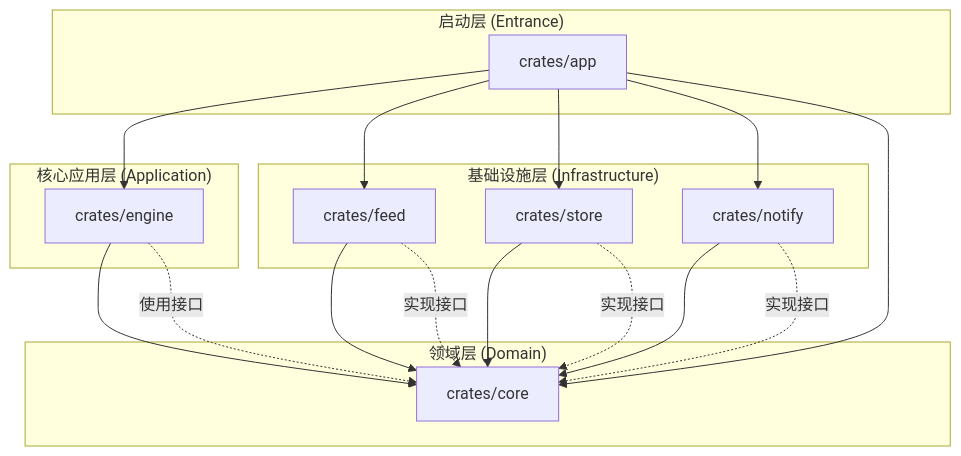
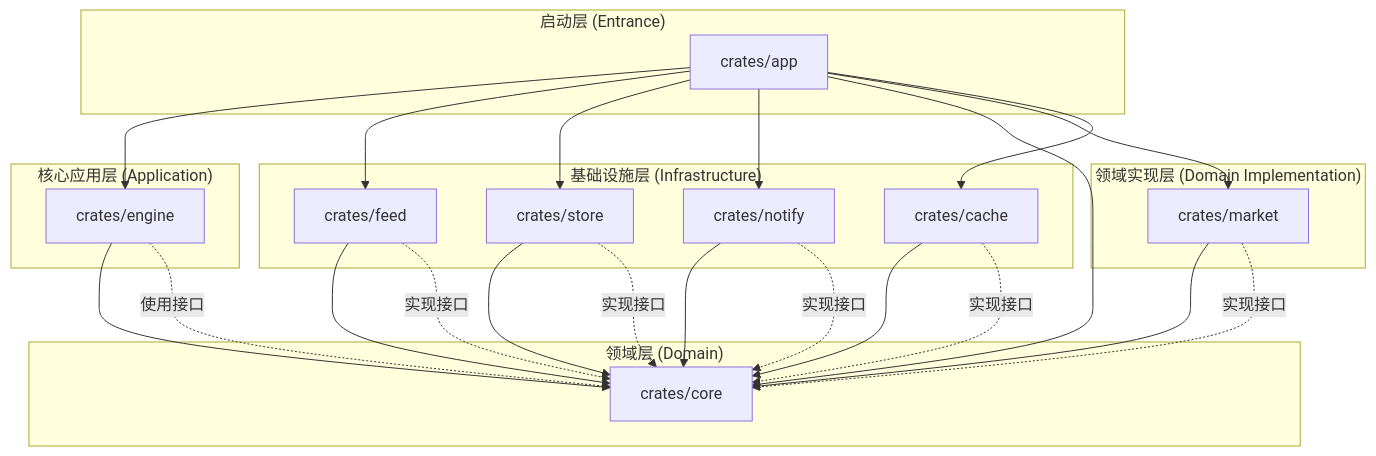
Before and after one commit to moexco/okane: the diagram in docs/architecture.md, drawn with Mermaid. The commit also changed other lines of this file and 9 other files, not shown here.

````diff
--- a/docs/architecture.md
+++ b/docs/architecture.md
@@ -5,38 +5,49 @@
 ```mermaid
 graph TB
     subgraph "启动层 (Entrance)"
         App[crates/app]
     end
 
     subgraph "核心应用层 (Application)"
         Engine[crates/engine]
     end
 
+    subgraph "领域实现层 (Domain Implementation)"
+        MarketImpl[crates/market]
+    end
+
     subgraph "领域层 (Domain)"
         Core[crates/core]
     end
 
     subgraph "基础设施层 (Infrastructure)"
         Feed[crates/feed]
         Store[crates/store]
         Notify[crates/notify]
+        Cache[crates/cache]
     end
 
     %% 依赖关系
     App --> Engine
     App --> Feed
     App --> Store
     App --> Notify
     App --> Core
+    App --> MarketImpl
+    App --> Cache
 
     Engine --> Core
     Feed --> Core
     Store --> Core
     Notify --> Core
+    Cache --> Core
+    MarketImpl --> Core
 
     %% 运行时逻辑流向 (通过 Trait)
     Engine -. 使用接口 .-> Core
+    MarketImpl -. 实现接口 .-> Core
     Feed -. 实现接口 .-> Core
     Store -. 实现接口 .-> Core
     Notify -. 实现接口 .-> Core
+    Cache -. 实现接口 .-> Core
 ```
````
